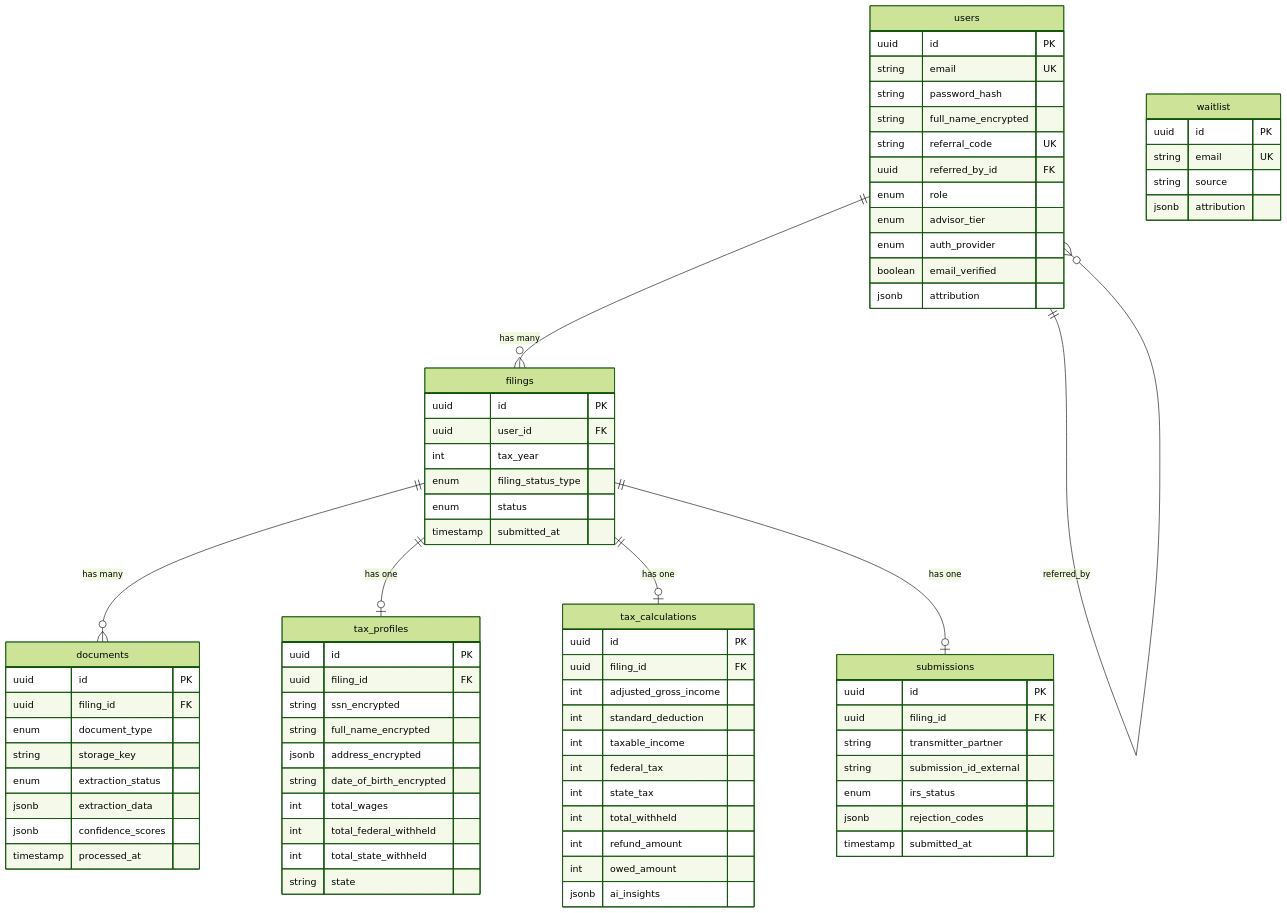
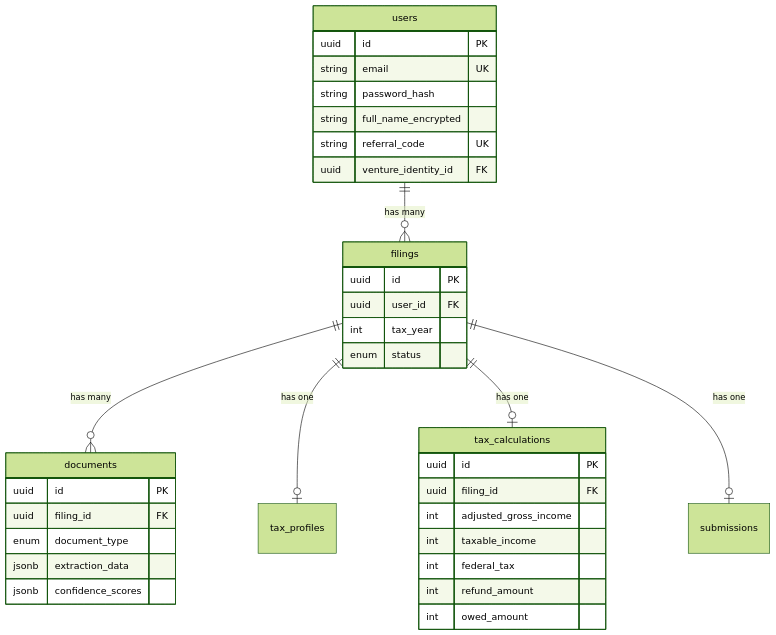
Before and after one commit to paperwork-labs/paperwork: the eighth of 12 diagrams in docs/ARCHITECTURE.md, drawn with Mermaid (forest theme). The commit also changed other lines of this file and 30 other files, not shown here.

````diff
--- a/docs/ARCHITECTURE.md
+++ b/docs/ARCHITECTURE.md
@@ -156,7 +352,6 @@
 ```mermaid
 erDiagram
     users ||--o{ filings : "has many"
-    users ||--o{ users : "referred_by"
     filings ||--o{ documents : "has many"
     filings ||--o| tax_profiles : "has one"
     filings ||--o| tax_calculations : "has one"
@@ -168,75 +363,31 @@
         string password_hash
         string full_name_encrypted
         string referral_code UK
-        uuid referred_by_id FK
-        enum role
-        enum advisor_tier
-        enum auth_provider
-        boolean email_verified
-        jsonb attribution
+        uuid venture_identity_id FK
     }
 
     filings {
         uuid id PK
         uuid user_id FK
         int tax_year
-        enum filing_status_type
         enum status
-        timestamp submitted_at
     }
 
     documents {
         uuid id PK
         uuid filing_id FK
         enum document_type
-        string storage_key
-        enum extraction_status
         jsonb extraction_data
         jsonb confidence_scores
-        timestamp processed_at
-    }
-
-    tax_profiles {
-        uuid id PK
-        uuid filing_id FK
-        string ssn_encrypted
-        string full_name_encrypted
-        jsonb address_encrypted
-        string date_of_birth_encrypted
-        int total_wages
-        int total_federal_withheld
-        int total_state_withheld
-        string state
     }
 
     tax_calculations {
         uuid id PK
         uuid filing_id FK
         int adjusted_gross_income
-        int standard_deduction
         int taxable_income
         int federal_tax
-        int state_tax
-        int total_withheld
         int refund_amount
         int owed_amount
-        jsonb ai_insights
-    }
-
-    submissions {
-        uuid id PK
-        uuid filing_id FK
-        string transmitter_partner
-        string submission_id_external
-        enum irs_status
-        jsonb rejection_codes
-        timestamp submitted_at
-    }
-
-    waitlist {
-        uuid id PK
-        string email UK
-        string source
-        jsonb attribution
     }
 ```
````
